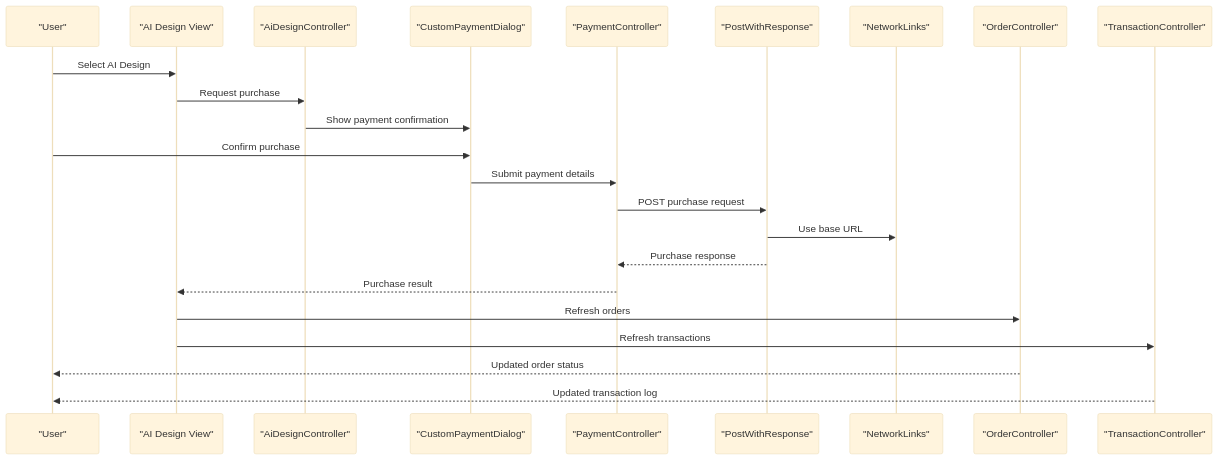
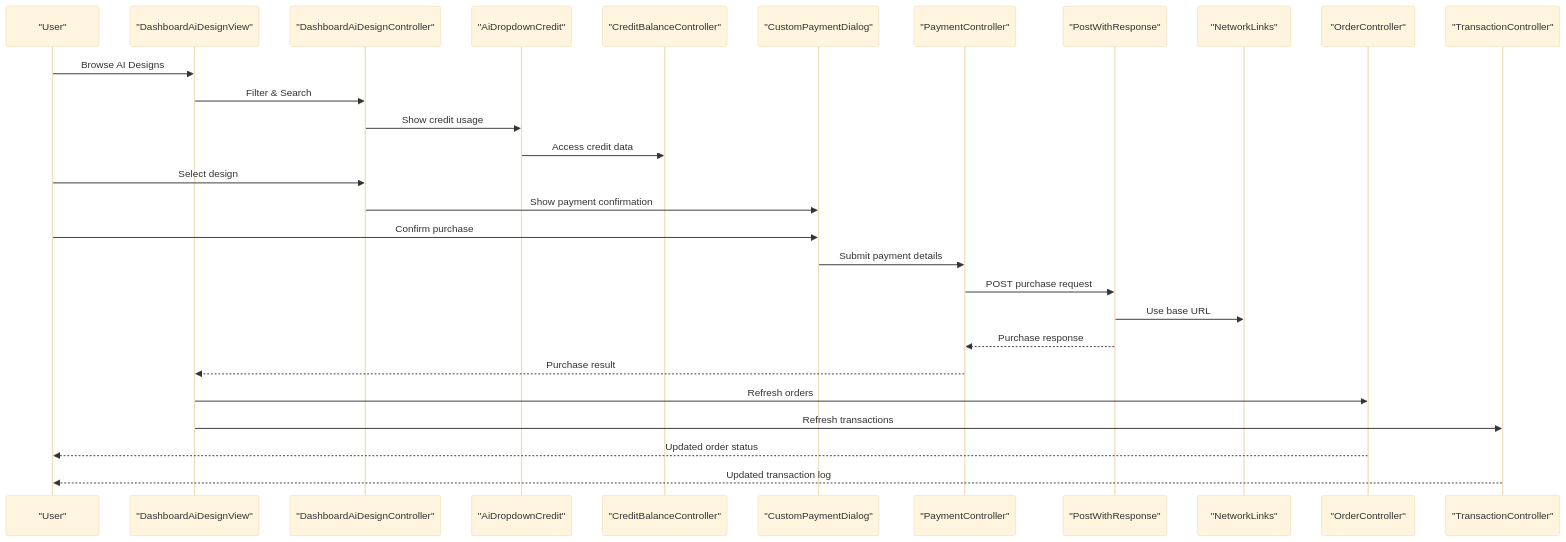
One commit to Ariful3111/FurniGo changed the second of 9 diagrams in .qoder/repowiki/en/content/Core Features/AI Design Services/Purchase and Download Workflow.md. Above: the diagram before and after it, drawn with Mermaid (base theme). The commit also changed other lines of this file and 67 other files, not shown here.

````diff
--- a/.qoder/repowiki/en/content/Core Features/AI Design Services/Purchase and Download Workflow.md
+++ b/.qoder/repowiki/en/content/Core Features/AI Design Services/Purchase and Download Workflow.md
@@ -135,25 +180,30 @@
 ```mermaid
 sequenceDiagram
 participant User as "User"
-participant AIDesign as "AI Design View"
-participant AICtrl as "AiDesignController"
+participant DashboardView as "DashboardAiDesignView"
+participant DashboardCtrl as "DashboardAiDesignController"
+participant CreditDropdown as "AiDropdownCredit"
+participant CreditCtrl as "CreditBalanceController"
 participant PayDialog as "CustomPaymentDialog"
 participant PayCtrl as "PaymentController"
 participant PostResp as "PostWithResponse"
 participant NetPath as "NetworkLinks"
 participant OrderCtrl as "OrderController"
 participant TransCtrl as "TransactionController"
-User->>AIDesign : Select AI Design
-AIDesign->>AICtrl : Request purchase
-AICtrl->>PayDialog : Show payment confirmation
+User->>DashboardView : Browse AI Designs
+DashboardView->>DashboardCtrl : Filter & Search
+DashboardCtrl->>CreditDropdown : Show credit usage
+CreditDropdown->>CreditCtrl : Access credit data
+User->>DashboardCtrl : Select design
+DashboardCtrl->>PayDialog : Show payment confirmation
 User->>PayDialog : Confirm purchase
 PayDialog->>PayCtrl : Submit payment details
 PayCtrl->>PostResp : POST purchase request
 PostResp->>NetPath : Use base URL
 PostResp-->>PayCtrl : Purchase response
-PayCtrl-->>AIDesign : Purchase result
-AIDesign->>OrderCtrl : Refresh orders
-AIDesign->>TransCtrl : Refresh transactions
+PayCtrl-->>DashboardView : Purchase result
+DashboardView->>OrderCtrl : Refresh orders
+DashboardView->>TransCtrl : Refresh transactions
 OrderCtrl-->>User : Updated order status
 TransCtrl-->>User : Updated transaction log
 ```
````
